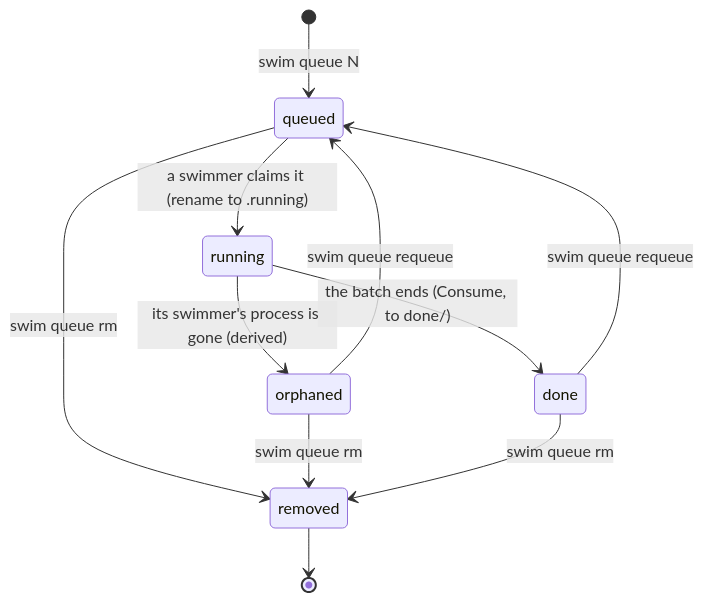
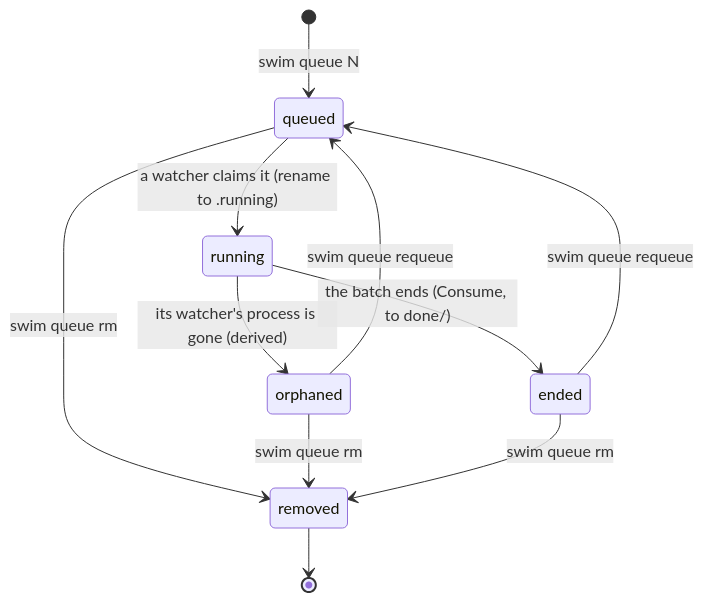
Before and after one commit to gates-brightly/swimlane: the second of 2 diagrams in docs/reference/state.md, drawn with Mermaid. The commit also changed other lines of this file and 21 other files, not shown here.

````diff
--- a/docs/reference/state.md
+++ b/docs/reference/state.md
@@ -119,13 +120,13 @@
 ```mermaid
 stateDiagram-v2
   [*] --> queued: swim queue N
-  queued --> running: a swimmer claims it (rename to .running)
-  running --> done: the batch ends (Consume, to done/)
-  running --> orphaned: its swimmer's process is gone (derived)
+  queued --> running: a watcher claims it (rename to .running)
+  running --> ended: the batch ends (Consume, to done/)
+  running --> orphaned: its watcher's process is gone (derived)
   orphaned --> queued: swim queue requeue
-  done --> queued: swim queue requeue
+  ended --> queued: swim queue requeue
   queued --> removed: swim queue rm
   orphaned --> removed: swim queue rm
-  done --> removed: swim queue rm
+  ended --> removed: swim queue rm
   removed --> [*]
 ```
````
